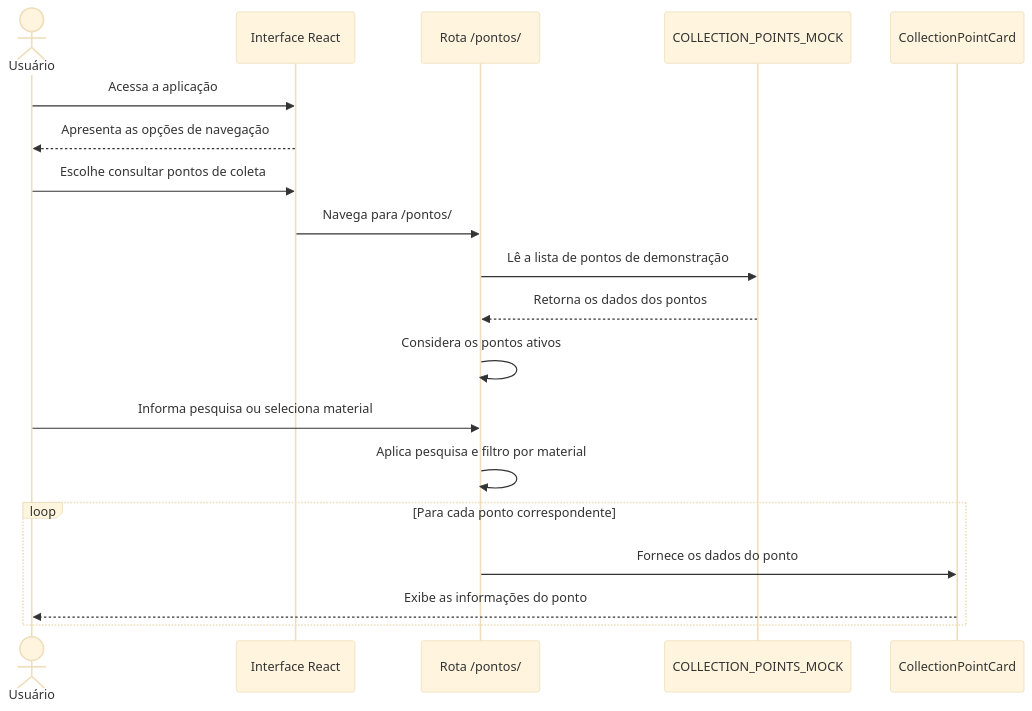
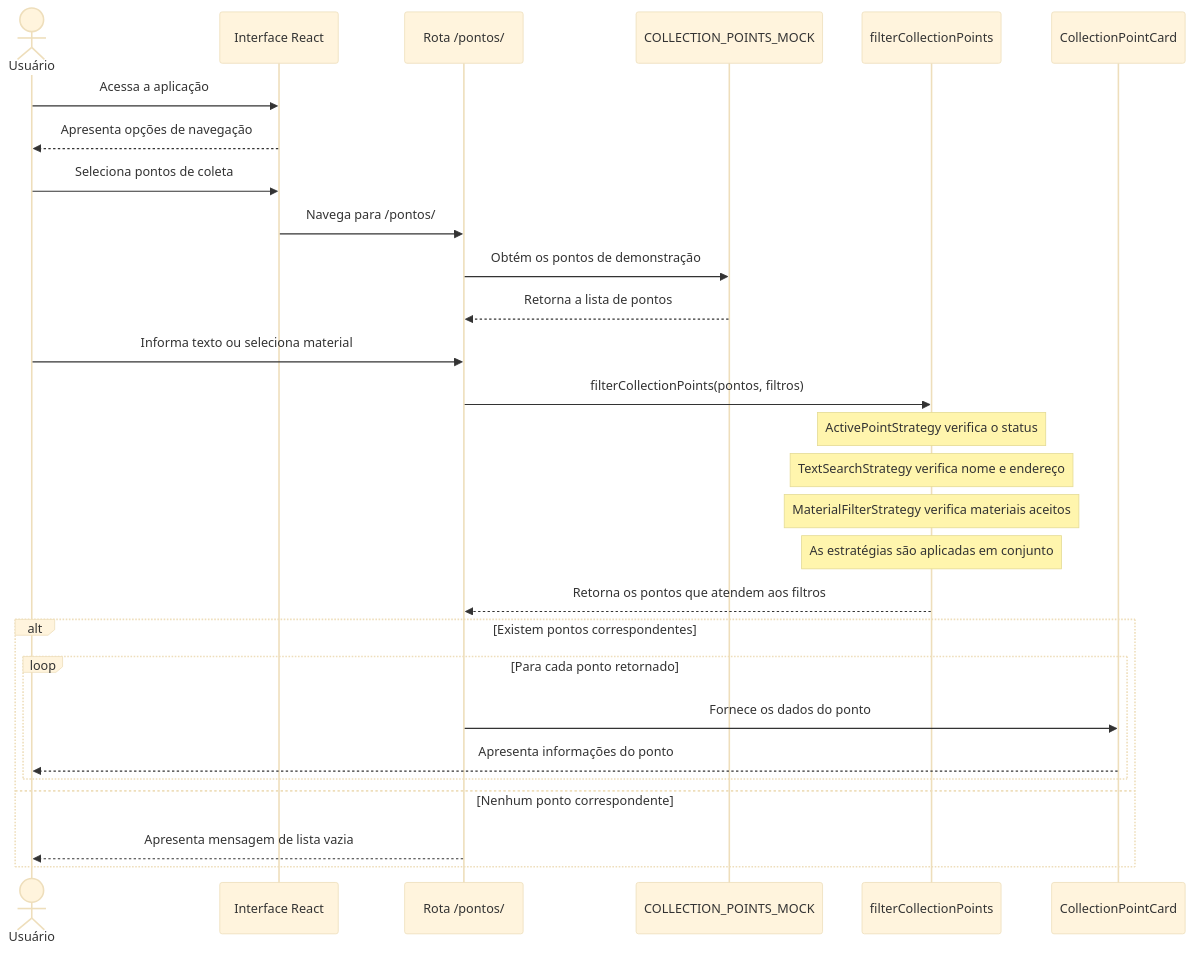
The first of 2 diagrams in docs/modelagem/modelagem.md (lucasensousa/coleta-mais), drawn with Mermaid (base theme) before and after one commit. The commit also changed other lines of this file and 4 other files, not shown here.

````diff
--- a/docs/modelagem/modelagem.md
+++ b/docs/modelagem/modelagem.md
@@ -16,22 +18,36 @@
 ```mermaid
 sequenceDiagram
     actor Usuario as Usuário
     participant Interface as Interface React
     participant Pagina as Rota /pontos/
     participant Dados as COLLECTION_POINTS_MOCK
+    participant Filtro as filterCollectionPoints
     participant Cartao as CollectionPointCard
 
     Usuario->>Interface: Acessa a aplicação
-    Interface-->>Usuario: Apresenta as opções de navegação
-    Usuario->>Interface: Escolhe consultar pontos de coleta
+    Interface-->>Usuario: Apresenta opções de navegação
+    Usuario->>Interface: Seleciona pontos de coleta
     Interface->>Pagina: Navega para /pontos/
-    Pagina->>Dados: Lê a lista de pontos de demonstração
-    Dados-->>Pagina: Retorna os dados dos pontos
-    Pagina->>Pagina: Considera os pontos ativos
-    Usuario->>Pagina: Informa pesquisa ou seleciona material
-    Pagina->>Pagina: Aplica pesquisa e filtro por material
-    loop Para cada ponto correspondente
-        Pagina->>Cartao: Fornece os dados do ponto
-        Cartao-->>Usuario: Exibe as informações do ponto
+
+    Pagina->>Dados: Obtém os pontos de demonstração
+    Dados-->>Pagina: Retorna a lista de pontos
+
+    Usuario->>Pagina: Informa texto ou seleciona material
+    Pagina->>Filtro: filterCollectionPoints(pontos, filtros)
+
+    Note over Filtro: ActivePointStrategy verifica o status
+    Note over Filtro: TextSearchStrategy verifica nome e endereço
+    Note over Filtro: MaterialFilterStrategy verifica materiais aceitos
+    Note over Filtro: As estratégias são aplicadas em conjunto
+
+    Filtro-->>Pagina: Retorna os pontos que atendem aos filtros
+
+    alt Existem pontos correspondentes
+        loop Para cada ponto retornado
+            Pagina->>Cartao: Fornece os dados do ponto
+            Cartao-->>Usuario: Apresenta informações do ponto
+        end
+    else Nenhum ponto correspondente
+        Pagina-->>Usuario: Apresenta mensagem de lista vazia
     end
 ```
````
